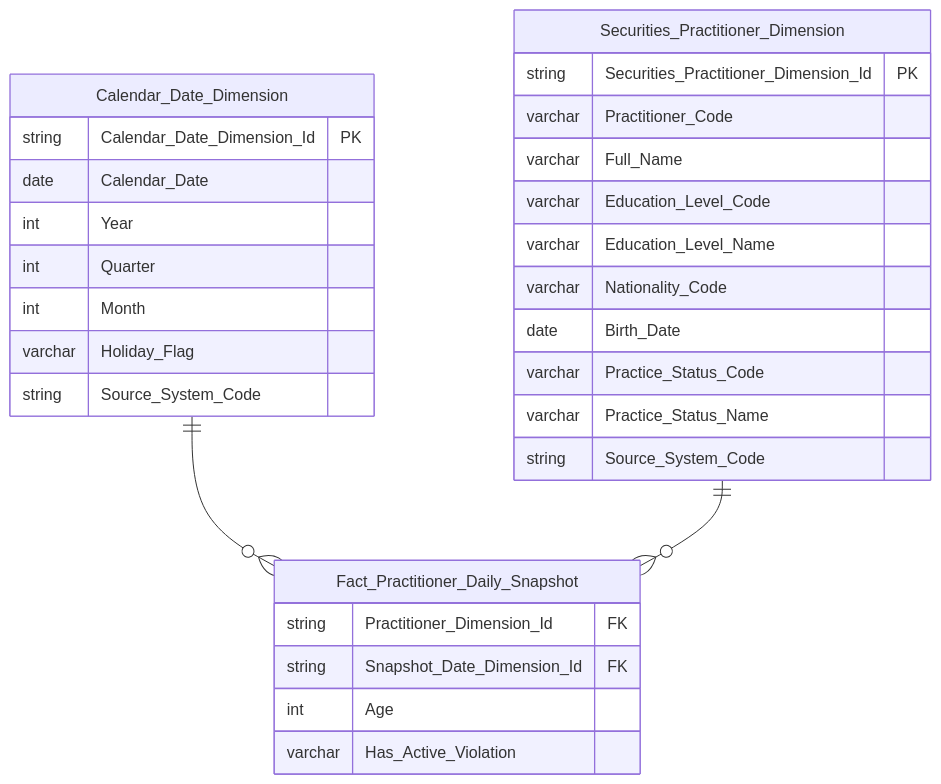
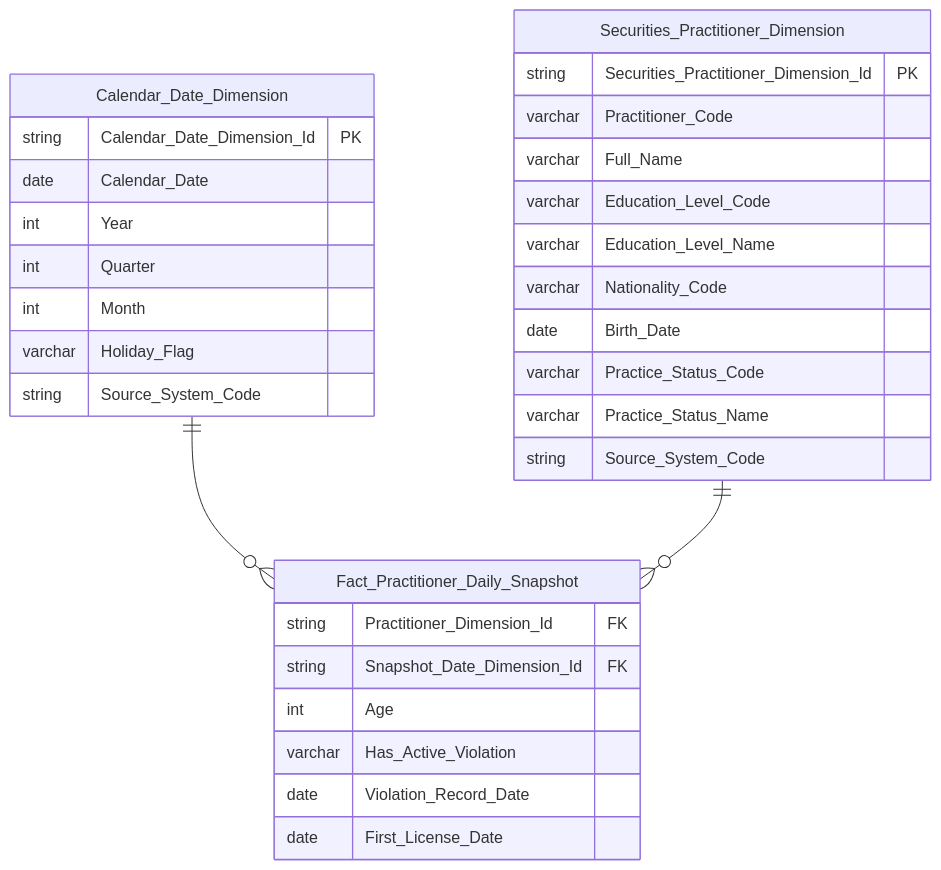
Diagram 14 of 40 in Datamart/hld/DTM_NHNCK_HLD.md (linhlvit/ubck_atomic_design), drawn with Mermaid before and after one commit. The commit also changed other lines of this file and 11 other files, not shown here.

````diff
--- a/Datamart/hld/DTM_NHNCK_HLD.md
+++ b/Datamart/hld/DTM_NHNCK_HLD.md
@@ -560,35 +561,37 @@
 ```mermaid
 erDiagram
     Calendar_Date_Dimension ||--o{ Fact_Practitioner_Daily_Snapshot : " "
     Securities_Practitioner_Dimension ||--o{ Fact_Practitioner_Daily_Snapshot : " "
 
     Fact_Practitioner_Daily_Snapshot {
         string Practitioner_Dimension_Id FK
         string Snapshot_Date_Dimension_Id FK
         int Age
         varchar Has_Active_Violation
+        date Violation_Record_Date
+        date First_License_Date
     }
 
     Calendar_Date_Dimension {
         string Calendar_Date_Dimension_Id PK
         date Calendar_Date
         int Year
         int Quarter
         int Month
         varchar Holiday_Flag
         string Source_System_Code
     }
 
     Securities_Practitioner_Dimension {
         string Securities_Practitioner_Dimension_Id PK
         varchar Practitioner_Code
         varchar Full_Name
         varchar Education_Level_Code
         varchar Education_Level_Name
         varchar Nationality_Code
         date Birth_Date
         varchar Practice_Status_Code
         varchar Practice_Status_Name
         string Source_System_Code
     }
 ```
````
